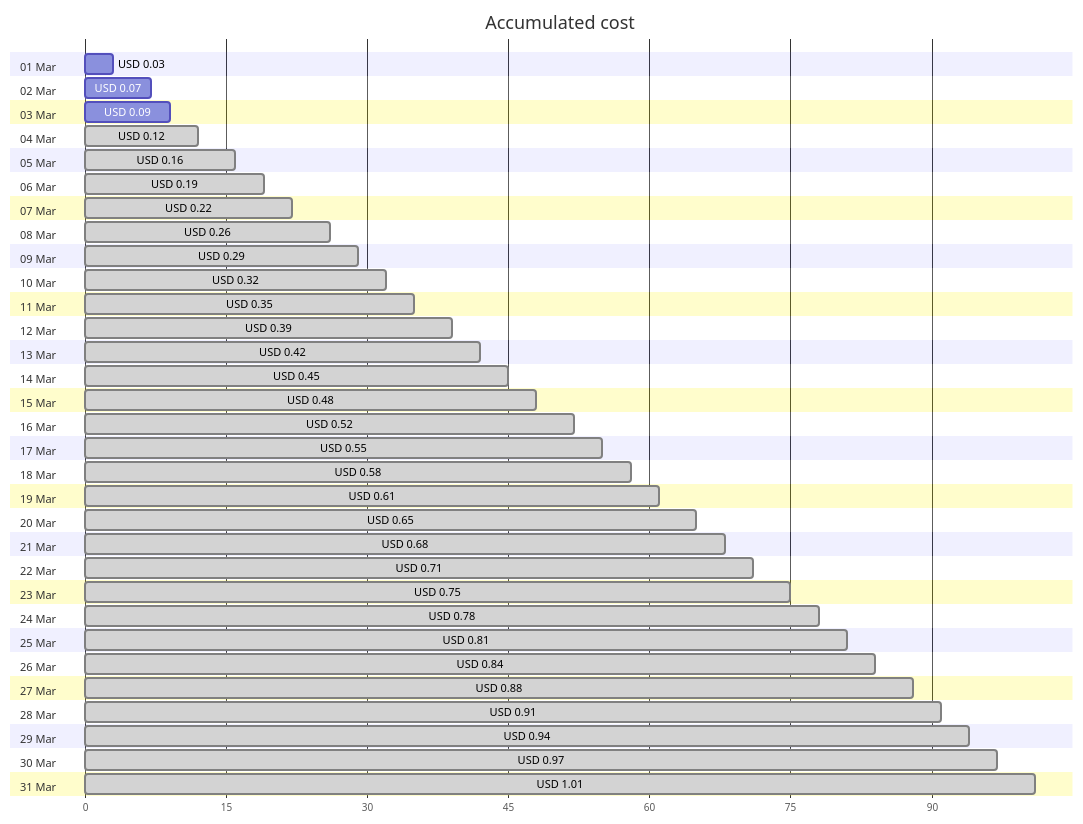
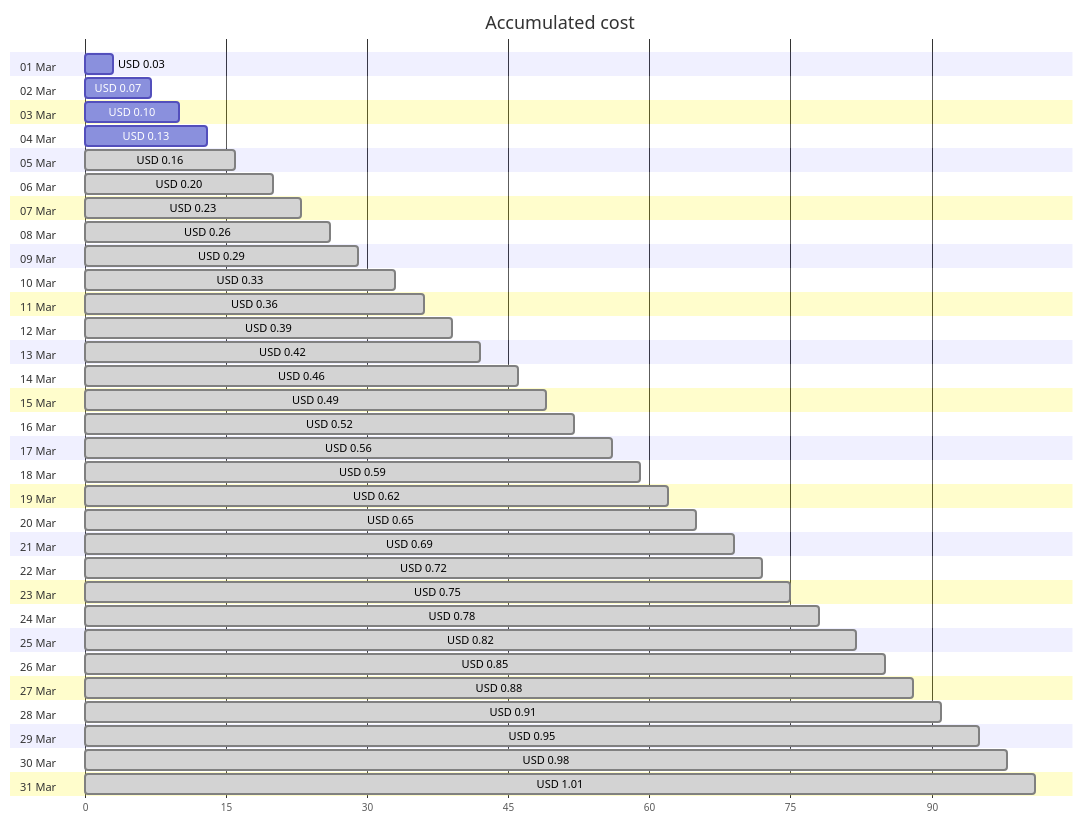
Before and after one commit to jpfulton/azure-personal-reports: the first of 4 diagrams in cost-reports/personal-dns/README.md, drawn with Mermaid. The commit also changed other lines of this file and 2 other files, not shown here.

Commit message:
Generated reports [skip ci]

````diff
--- a/cost-reports/personal-dns/README.md
+++ b/cost-reports/personal-dns/README.md
@@ -20,68 +20,68 @@
 ```mermaid
 gantt
    title Accumulated cost
    dateFormat  X
    axisFormat %s
    section 01 Mar
    USD 0.03 :0, 3
    section 02 Mar
    USD 0.07 :0, 7
    section 03 Mar
-   USD 0.09 :0, 9
+   USD 0.10 :0, 10
    section 04 Mar
-   USD 0.12 : done, 0, 12
+   USD 0.13 :0, 13
    section 05 Mar
    USD 0.16 : done, 0, 16
    section 06 Mar
-   USD 0.19 : done, 0, 19
+   USD 0.20 : done, 0, 20
    section 07 Mar
-   USD 0.22 : done, 0, 22
+   USD 0.23 : done, 0, 23
    section 08 Mar
    USD 0.26 : done, 0, 26
    section 09 Mar
    USD 0.29 : done, 0, 29
    section 10 Mar
-   USD 0.32 : done, 0, 32
+   USD 0.33 : done, 0, 33
    section 11 Mar
-   USD 0.35 : done, 0, 35
+   USD 0.36 : done, 0, 36
    section 12 Mar
    USD 0.39 : done, 0, 39
    section 13 Mar
    USD 0.42 : done, 0, 42
    section 14 Mar
-   USD 0.45 : done, 0, 45
+   USD 0.46 : done, 0, 46
    section 15 Mar
-   USD 0.48 : done, 0, 48
+   USD 0.49 : done, 0, 49
    section 16 Mar
    USD 0.52 : done, 0, 52
    section 17 Mar
-   USD 0.55 : done, 0, 55
+   USD 0.56 : done, 0, 56
    section 18 Mar
-   USD 0.58 : done, 0, 58
+   USD 0.59 : done, 0, 59
    section 19 Mar
-   USD 0.61 : done, 0, 61
+   USD 0.62 : done, 0, 62
    section 20 Mar
    USD 0.65 : done, 0, 65
    section 21 Mar
-   USD 0.68 : done, 0, 68
+   USD 0.69 : done, 0, 69
    section 22 Mar
-   USD 0.71 : done, 0, 71
+   USD 0.72 : done, 0, 72
    section 23 Mar
    USD 0.75 : done, 0, 75
    section 24 Mar
    USD 0.78 : done, 0, 78
    section 25 Mar
-   USD 0.81 : done, 0, 81
+   USD 0.82 : done, 0, 82
    section 26 Mar
-   USD 0.84 : done, 0, 84
+   USD 0.85 : done, 0, 85
    section 27 Mar
    USD 0.88 : done, 0, 88
    section 28 Mar
    USD 0.91 : done, 0, 91
    section 29 Mar
-   USD 0.94 : done, 0, 94
+   USD 0.95 : done, 0, 95
    section 30 Mar
-   USD 0.97 : done, 0, 97
+   USD 0.98 : done, 0, 98
    section 31 Mar
    USD 1.01 : done, 0, 101
 ```
````
